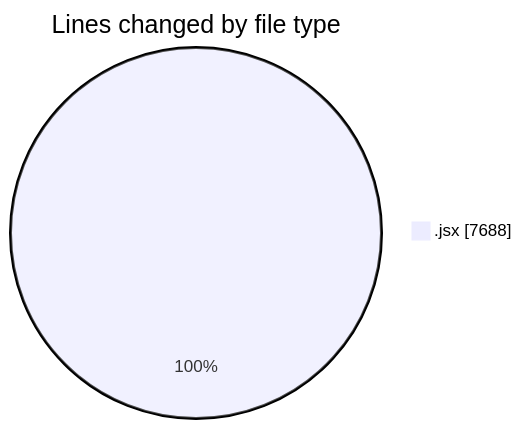
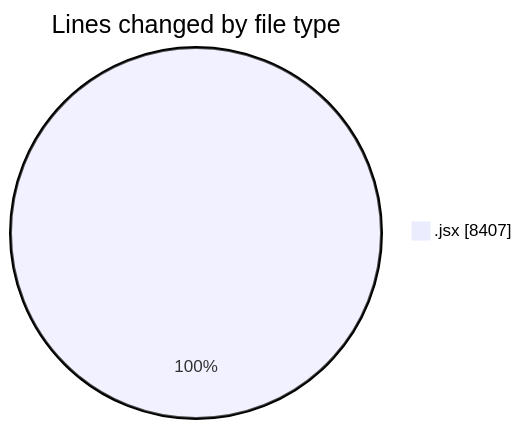
Before and after one commit to nxtqubesakshisongat/code-tracking: the first of 2 diagrams in 2025-09-09/nxtqube_webapp/README.md, drawn with Mermaid. The commit also changed other lines of this file and 1 other file, not shown here.

````diff
--- a/2025-09-09/nxtqube_webapp/README.md
+++ b/2025-09-09/nxtqube_webapp/README.md
@@ -22,5 +23,5 @@
 ```mermaid
 pie showData
 title Lines changed by file type
-".jsx" : 7688
+".jsx" : 8407
 ```
````
